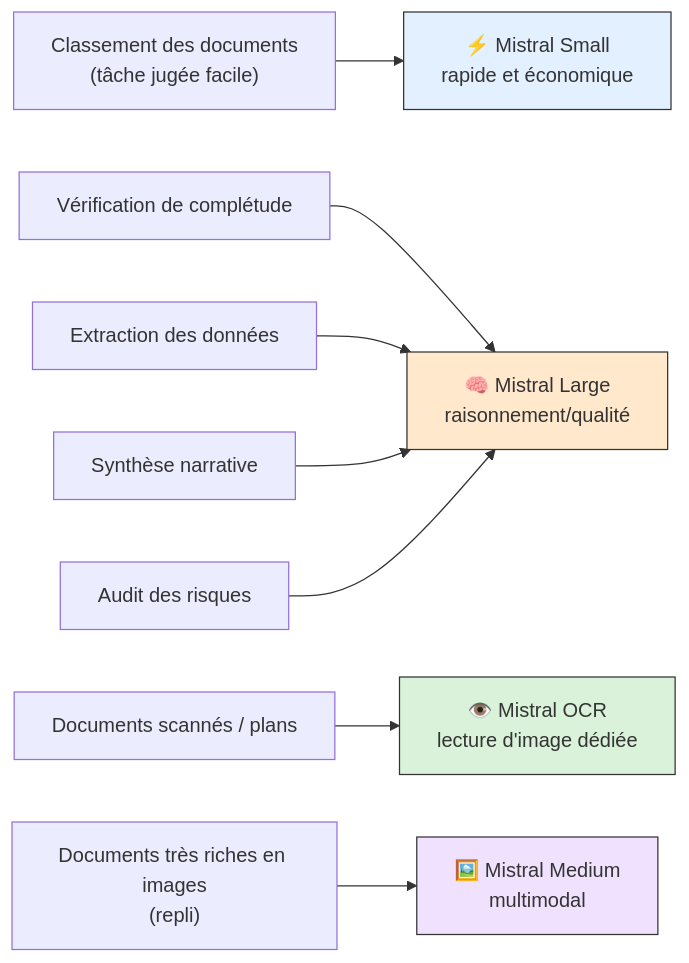
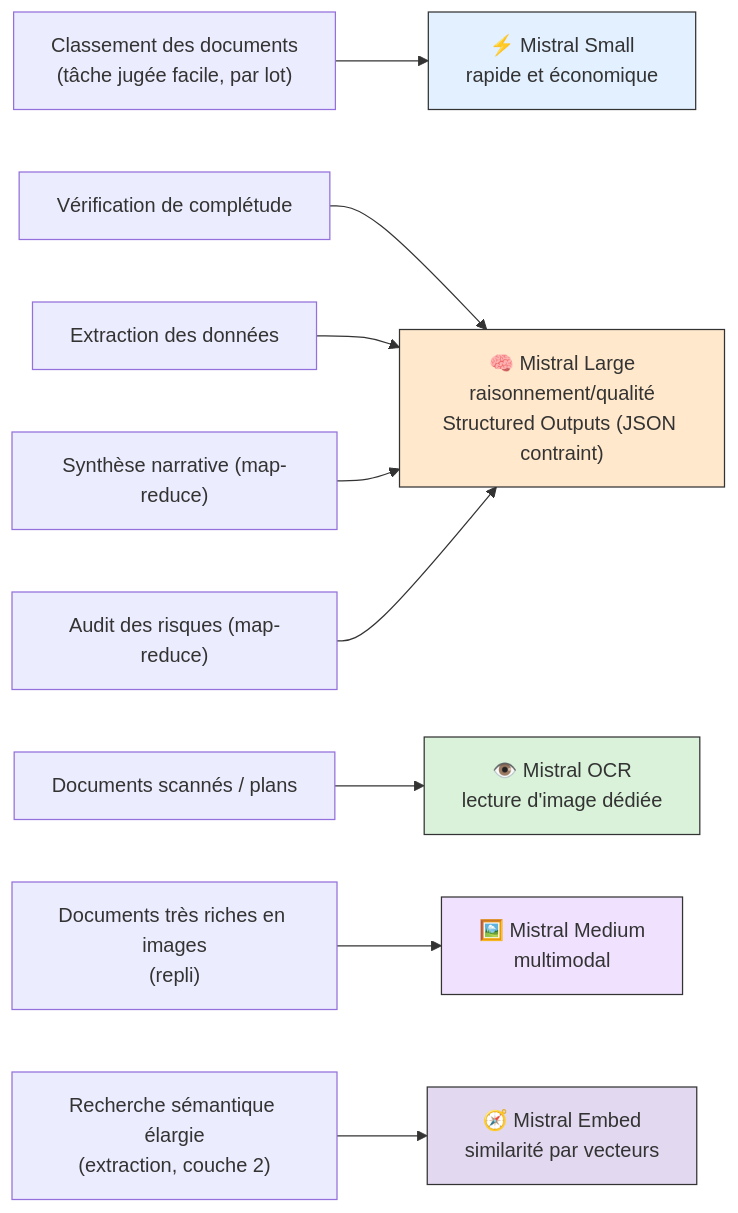
The eighth of 10 diagrams in docs/presentation/01_DIAGRAMMES_MERMAID.md (louisclzzzzzzz/AOP-app-v2), drawn with Mermaid before and after one commit. The commit also changed other lines of this file, not shown here.

First line of the commit message:
Rend les diagrammes Mermaid un peu plus techniques

````diff
--- a/docs/presentation/01_DIAGRAMMES_MERMAID.md
+++ b/docs/presentation/01_DIAGRAMMES_MERMAID.md
@@ -141,15 +149,17 @@
 ```mermaid
 flowchart LR
-    T1["Classement des documents<br/>(tâche jugée facile)"] --> M1["⚡ Mistral Small<br/>rapide et économique"]
-    T2["Vérification de complétude"] --> M2["🧠 Mistral Large<br/>raisonnement/qualité"]
+    T1["Classement des documents<br/>(tâche jugée facile, par lot)"] --> M1["⚡ Mistral Small<br/>rapide et économique"]
+    T2["Vérification de complétude"] --> M2["🧠 Mistral Large<br/>raisonnement/qualité<br/>Structured Outputs (JSON contraint)"]
     T3["Extraction des données"] --> M2
-    T4["Synthèse narrative"] --> M2
-    T5["Audit des risques"] --> M2
+    T4["Synthèse narrative (map-reduce)"] --> M2
+    T5["Audit des risques (map-reduce)"] --> M2
     T6["Documents scannés / plans"] --> M3["👁️ Mistral OCR<br/>lecture d'image dédiée"]
     T7["Documents très riches en images<br/>(repli)"] --> M4["🖼️ Mistral Medium<br/>multimodal"]
+    T8["Recherche sémantique élargie<br/>(extraction, couche 2)"] --> M5["🧭 Mistral Embed<br/>similarité par vecteurs"]
 
     style M1 fill:#e2f0ff,stroke:#333
     style M2 fill:#ffe8cc,stroke:#333
     style M3 fill:#d9f2d9,stroke:#333
     style M4 fill:#f0e2ff,stroke:#333
+    style M5 fill:#e2d9f0,stroke:#333
 ```
````
